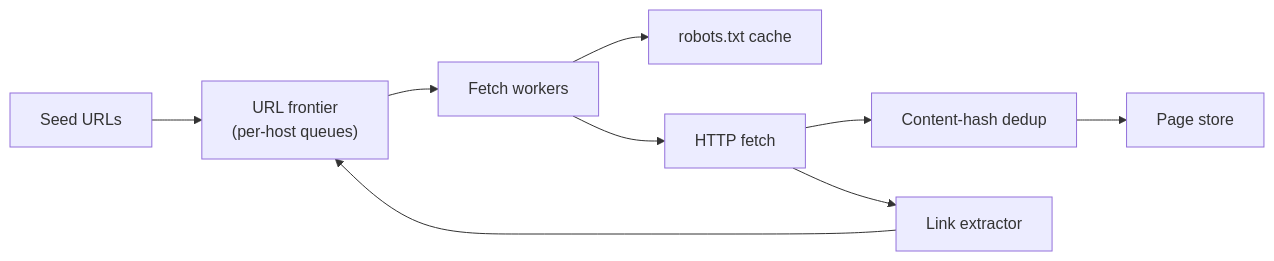
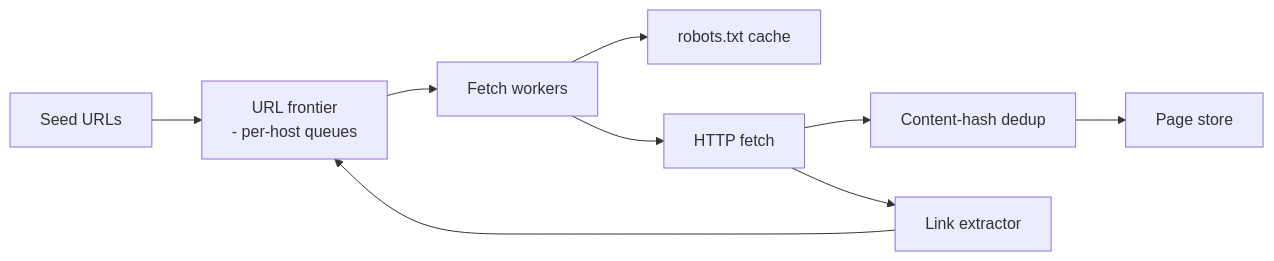
Before and after one commit to RIT-MESH/system-design-mastery: the first of 4 diagrams in case-studies/beginner/web-crawler.md, drawn with Mermaid. The commit also changed 139 other files, not shown here.

First line of the commit message:
Fix Mermaid parse errors: replace parentheses in node labels across 140 files

````diff
--- a/case-studies/beginner/web-crawler.md
+++ b/case-studies/beginner/web-crawler.md
@@ -47,12 +47,12 @@
 ```mermaid
 %% created-for: system-design-mastery
 flowchart LR
-  Seeds["Seed URLs"] --> Frontier["URL frontier<br/>(per-host queues)"]
+  Seeds["Seed URLs"] --> Frontier["URL frontier<br/> - per-host queues"]
   Frontier --> W["Fetch workers"]
   W --> Robots["robots.txt cache"]
   W --> Fetch["HTTP fetch"]
   Fetch --> Dedup["Content-hash dedup"]
   Dedup --> Store["Page store"]
   Fetch --> Extract["Link extractor"]
   Extract --> Frontier
 ```
````
